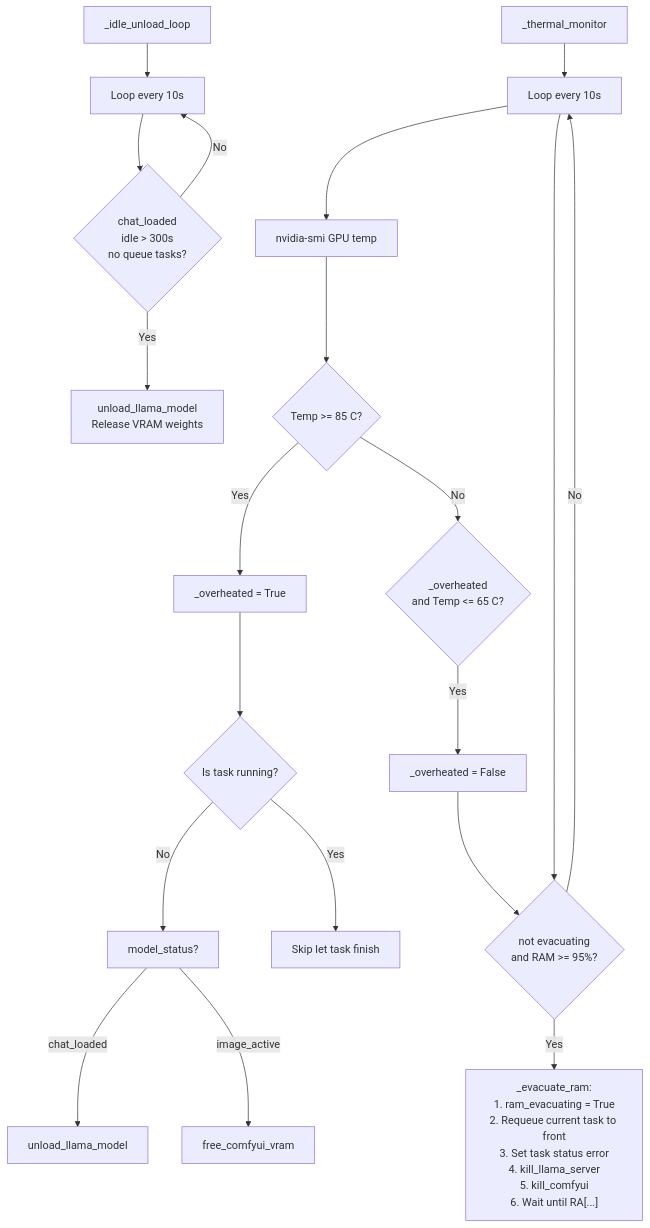
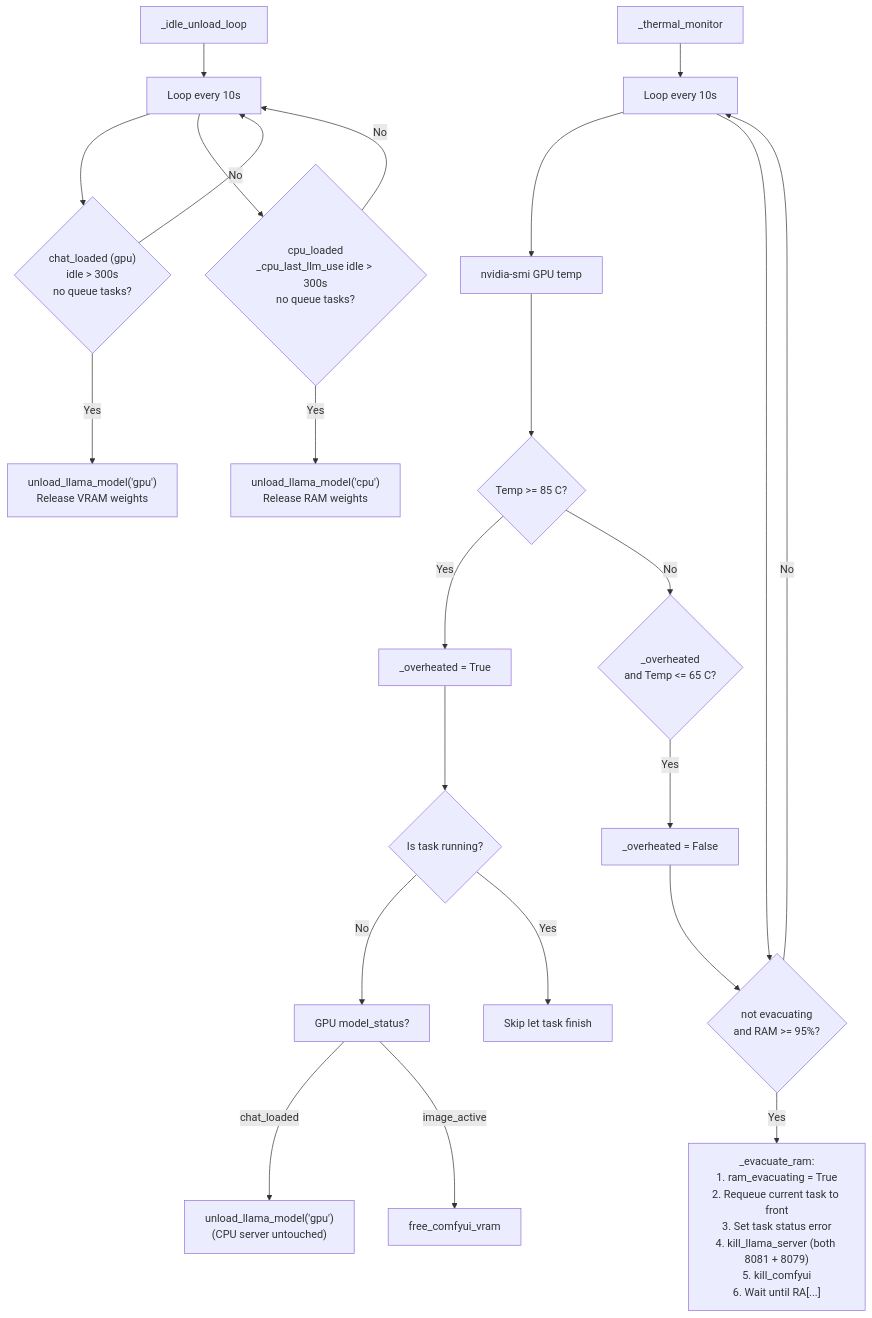
Before and after one commit to Palash90/local-ai: diagram 12 of 12 in README.md, drawn with Mermaid. The commit also changed other lines of this file and 15 other files, not shown here.

````diff
--- a/README.md
+++ b/README.md
@@ -448,24 +491,27 @@
 ```mermaid
 graph TD
     E4["_thermal_monitor"] --> ThermalLoop["Loop every 10s"]
     ThermalLoop --> CheckGPU["nvidia-smi GPU temp"]
     CheckGPU --> GPUTempCheck{"Temp >= 85 C?"}
     GPUTempCheck -- Yes --> SetOverheat["_overheated = True"]
     GPUTempCheck -- No --> CheckCool{"_overheated\nand Temp <= 65 C?"}
     CheckCool -- Yes --> UnsetOverheat["_overheated = False"]
     SetOverheat --> ThermalAction{"Is task running?"}
-    ThermalAction -- No --> ThermalUnload["model_status?"]
-    ThermalUnload -- "chat_loaded" --> UnloadModel["unload_llama_model"]
+    ThermalAction -- No --> ThermalUnload["GPU model_status?"]
+    ThermalUnload -- "chat_loaded" --> UnloadModel["unload_llama_model('gpu')\n(CPU server untouched)"]
     ThermalUnload -- "image_active" --> FreeVRAM["free_comfyui_vram"]
     ThermalAction -- Yes --> ThermalSkip["Skip let task finish"]
     UnsetOverheat --> RAMCheck1
 
     ThermalLoop --> RAMCheck1{"not evacuating\nand RAM >= 95%?"}
-    RAMCheck1 -- Yes --> EvacuateRAM["_evacuate_ram:\n1. ram_evacuating = True\n2. Requeue current task to front\n3. Set task status error\n4. kill_llama_server\n5. kill_comfyui\n6. Wait until RA[...]" ]
+    RAMCheck1 -- Yes --> EvacuateRAM["_evacuate_ram:\n1. ram_evacuating = True\n2. Requeue current task to front\n3. Set task status error\n4. kill_llama_server (both 8081 + 8079)\n5. kill_comfyui\n6. Wait until RA[...]" ]
     RAMCheck1 -- No --> ThermalLoop
 
     E3["_idle_unload_loop"] --> IdleLoop["Loop every 10s"]
-    IdleLoop --> IdleCheck{"chat_loaded\nidle > 300s\nno queue tasks?"}
-    IdleCheck -- Yes --> UnloadModel2["unload_llama_model\nRelease VRAM weights"]
+    IdleLoop --> IdleCheck{"chat_loaded (gpu)\nidle > 300s\nno queue tasks?"}
+    IdleCheck -- Yes --> UnloadModel2["unload_llama_model('gpu')\nRelease VRAM weights"]
     IdleCheck -- No --> IdleLoop
+    IdleLoop --> IdleCheck2{"cpu_loaded\n_cpu_last_llm_use idle > 300s\nno queue tasks?"}
+    IdleCheck2 -- Yes --> UnloadModel3["unload_llama_model('cpu')\nRelease RAM weights"]
+    IdleCheck2 -- No --> IdleLoop
 ```
````
